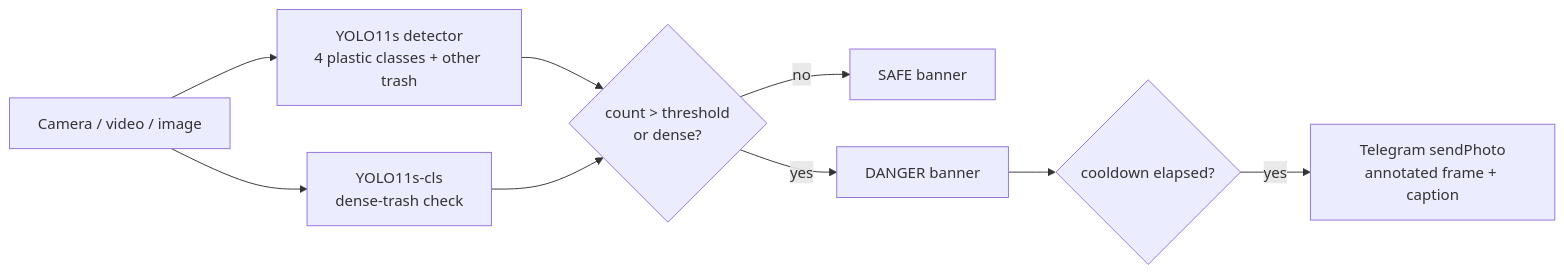
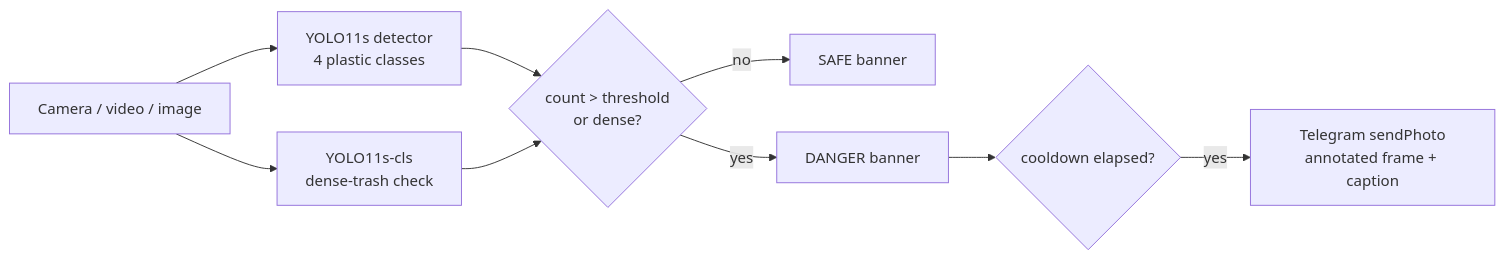
The diagram in README.md (Alb138/RiverGuard), drawn with Mermaid before and after one commit. The commit also changed other lines of this file and 15 other files, not shown here.

````diff
--- a/README.md
+++ b/README.md
@@ -27,11 +27,11 @@
 ```mermaid
 flowchart LR
-    A[Camera / video / image] --> B[YOLO11s detector<br/>4 plastic classes + other trash]
+    A[Camera / video / image] --> B[YOLO11s detector<br/>4 plastic classes]
     A --> H[YOLO11s-cls<br/>dense-trash check]
     B --> C{count &gt; threshold<br/>or dense?}
     H --> C
     C -- no --> D[SAFE banner]
     C -- yes --> E[DANGER banner]
     E --> F{cooldown elapsed?}
     F -- yes --> G[Telegram sendPhoto<br/>annotated frame + caption]
 ```
````
